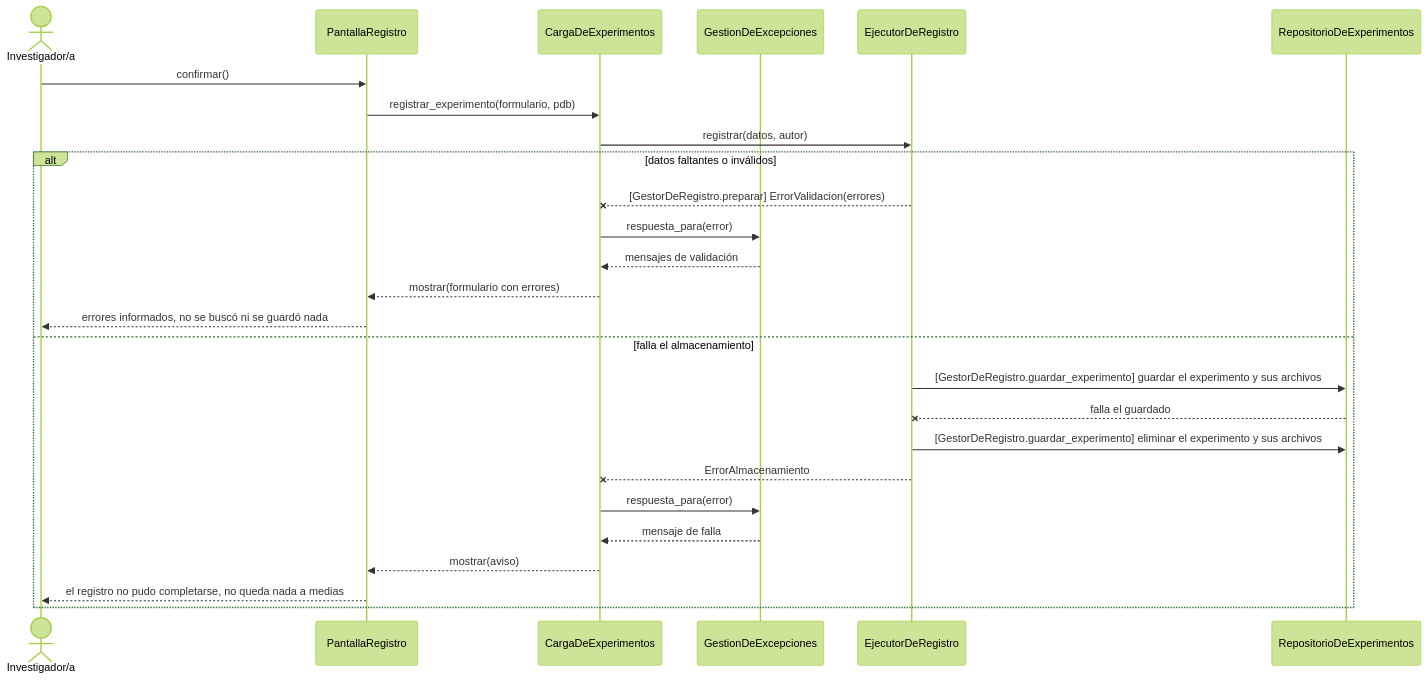
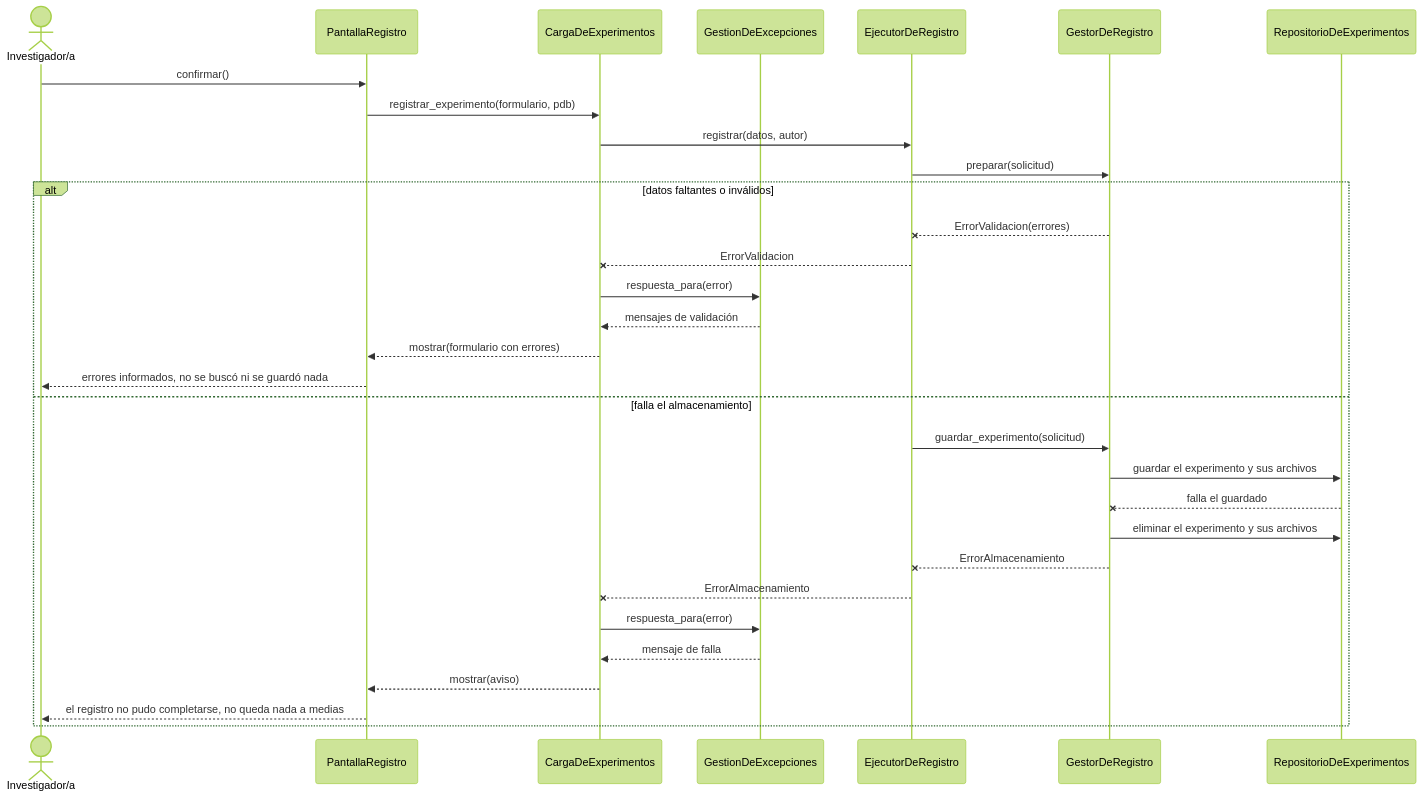
The fourth of 5 diagrams in docs/design/diseno-detallado.md (LucasSegovia01/BitacoraBio-2026), drawn with Mermaid (forest theme) before and after one commit. The commit also changed other lines of this file, not shown here.

````diff
--- a/docs/design/diseno-detallado.md
+++ b/docs/design/diseno-detallado.md
@@ -312,28 +347,33 @@
 ```mermaid
 sequenceDiagram
     actor Inv as Investigador/a
     participant PR as PantallaRegistro
     participant CE as CargaDeExperimentos
     participant GX as GestionDeExcepciones
     participant E as EjecutorDeRegistro
+    participant GR as GestorDeRegistro
     participant RX as RepositorioDeExperimentos
     Inv->>PR: confirmar()
     PR->>CE: registrar_experimento(formulario, pdb)
     CE->>E: registrar(datos, autor)
+    E->>GR: preparar(solicitud)
     alt datos faltantes o inválidos
-        E--xCE: [GestorDeRegistro.preparar] ErrorValidacion(errores)
+        GR--xE: ErrorValidacion(errores)
+        E--xCE: ErrorValidacion
         CE->>GX: respuesta_para(error)
         GX-->>CE: mensajes de validación
         CE-->>PR: mostrar(formulario con errores)
         PR-->>Inv: errores informados, no se buscó ni se guardó nada
     else falla el almacenamiento
-        E->>RX: [GestorDeRegistro.guardar_experimento] guardar el experimento y sus archivos
-        RX--xE: falla el guardado
-        E->>RX: [GestorDeRegistro.guardar_experimento] eliminar el experimento y sus archivos
+        E->>GR: guardar_experimento(solicitud)
+        GR->>RX: guardar el experimento y sus archivos
+        RX--xGR: falla el guardado
+        GR->>RX: eliminar el experimento y sus archivos
+        GR--xE: ErrorAlmacenamiento
         E--xCE: ErrorAlmacenamiento
         CE->>GX: respuesta_para(error)
         GX-->>CE: mensaje de falla
         CE-->>PR: mostrar(aviso)
         PR-->>Inv: el registro no pudo completarse, no queda nada a medias
     end
 ```
````
